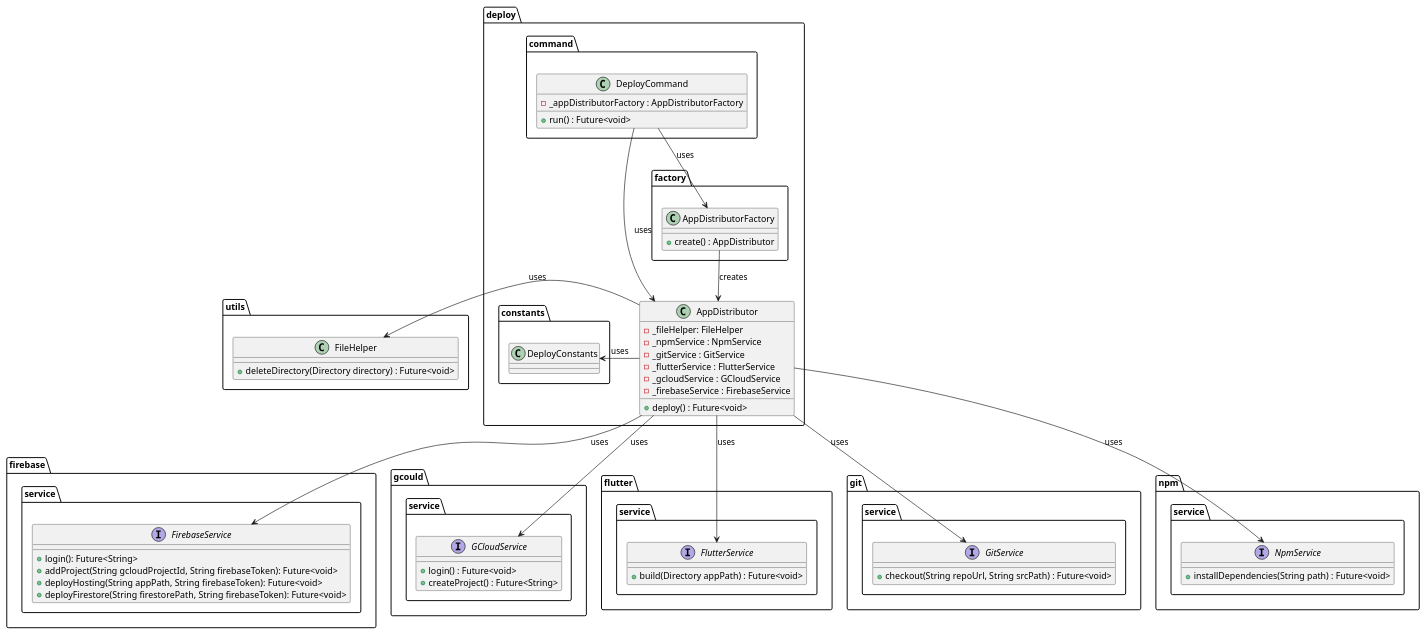
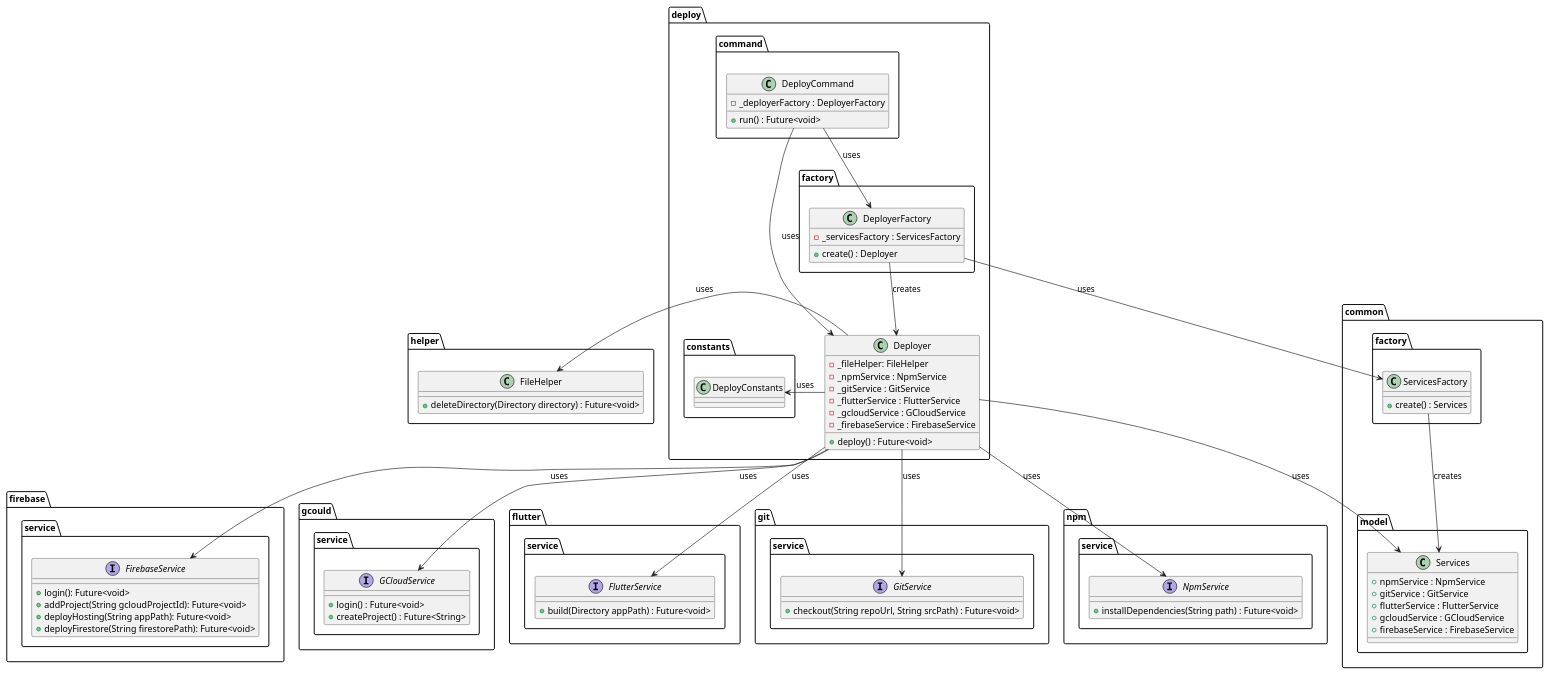
The diagram in metrics/cli/docs/diagrams/deploy_command_class_diagram.puml (Flank/flank-dashboard), drawn with PlantUML before and after one commit. The commit also changed 10 other files, not shown here.

```diff
--- a/metrics/cli/docs/diagrams/deploy_command_class_diagram.puml
+++ b/metrics/cli/docs/diagrams/deploy_command_class_diagram.puml
@@ -1,88 +1,109 @@
 @startuml deploy_command_class_diagram
 
 package firebase.service {
     interface FirebaseService {
-        + login(): Future<String>
-        + addProject(String gcloudProjectId, String firebaseToken): Future<void>
-        + deployHosting(String appPath, String firebaseToken): Future<void>
-        + deployFirestore(String firestorePath, String firebaseToken): Future<void>
+        + login(): Future<void>
+        + addProject(String gcloudProjectId): Future<void>
+        + deployHosting(String appPath): Future<void>
+        + deployFirestore(String firestorePath): Future<void>
     }
 }
 
 package gcould.service {
     interface GCloudService {
         + login() : Future<void>
         + createProject() : Future<String>
     }
 }
 
 package flutter.service {
     interface FlutterService  {
         + build(Directory appPath) : Future<void>
     }
 }
 
 package  git.service{
     interface GitService  {
         + checkout(String repoUrl, String srcPath) : Future<void>
     }
-
 }
 
 package  npm.service {
     interface NpmService  {
         + installDependencies(String path) : Future<void>
     }
+}
 
+package common {
+    package model {
+        class Services {
+            + npmService : NpmService
+            + gitService : GitService
+            + flutterService : FlutterService
+            + gcloudService : GCloudService
+            + firebaseService : FirebaseService
+        }
+    }
+
+    package factory as common.factory{
+        class ServicesFactory {
+            + create() : Services
+        }
+    }
 }
+
 
 package deploy {
     package command {
         class DeployCommand {
-            - _appDistributorFactory : AppDistributorFactory
+            - _deployerFactory : DeployerFactory
             + run() : Future<void>
         }
     }
 
     package constants {
         class DeployConstants{}
     }
 
     package factory {
-        class AppDistributorFactory {
-            + create() : AppDistributor
+        class DeployerFactory {
+            - _servicesFactory : ServicesFactory
+            + create() : Deployer
         }
     }
 
-    class AppDistributor {
+    class Deployer {
         - _fileHelper: FileHelper
         - _npmService : NpmService
         - _gitService : GitService
         - _flutterService : FlutterService
         - _gcloudService : GCloudService
         - _firebaseService : FirebaseService
         + deploy() : Future<void>
     }
 }
 
-package utils {
+package helper {
     class FileHelper {
         + deleteDirectory(Directory directory) : Future<void>
     }
 }
 
-AppDistributor -down-> NpmService : uses
-AppDistributor -down-> GitService : uses
-AppDistributor -down-> FlutterService : uses
-AppDistributor -down-> GCloudService : uses
-AppDistributor -down-> FirebaseService : uses
+Deployer -down-> NpmService : uses
+Deployer -down-> GitService : uses
+Deployer -down-> FlutterService : uses
+Deployer -down-> GCloudService : uses
+Deployer -down-> FirebaseService : uses
+Deployer -left-> FileHelper : uses
+Deployer -> DeployConstants : uses
+Deployer -> Services : uses
 
-AppDistributor -left-> FileHelper : uses
-AppDistributor -> DeployConstants : uses
+DeployCommand -down-> Deployer : uses
+DeployCommand -down-> DeployerFactory : uses
+DeployerFactory --> ServicesFactory : uses
 
-DeployCommand -down-> AppDistributorFactory : uses
-DeployCommand -down-> AppDistributor : uses
+ServicesFactory --> Services : creates
 
-AppDistributorFactory --> AppDistributor : creates
+DeployerFactory --> Deployer : creates
 
 @enduml
```
